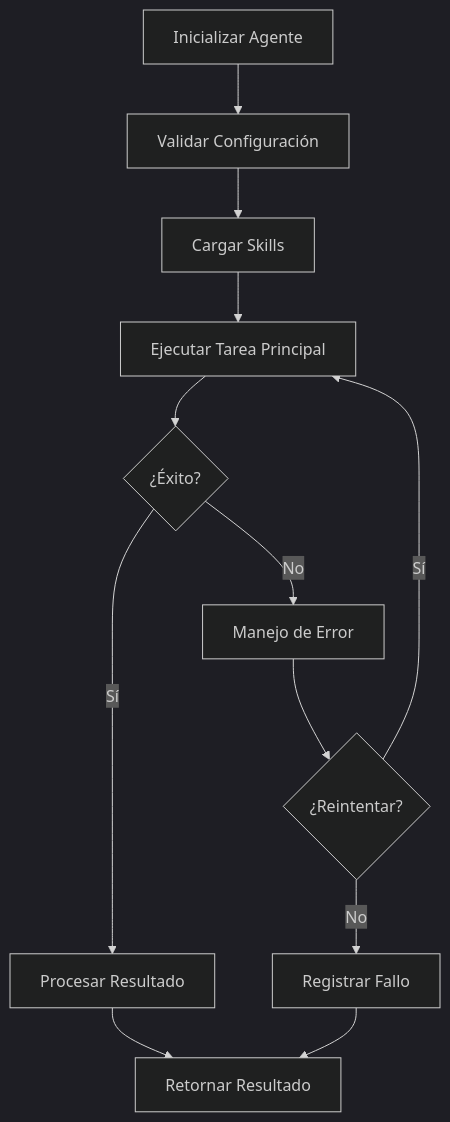
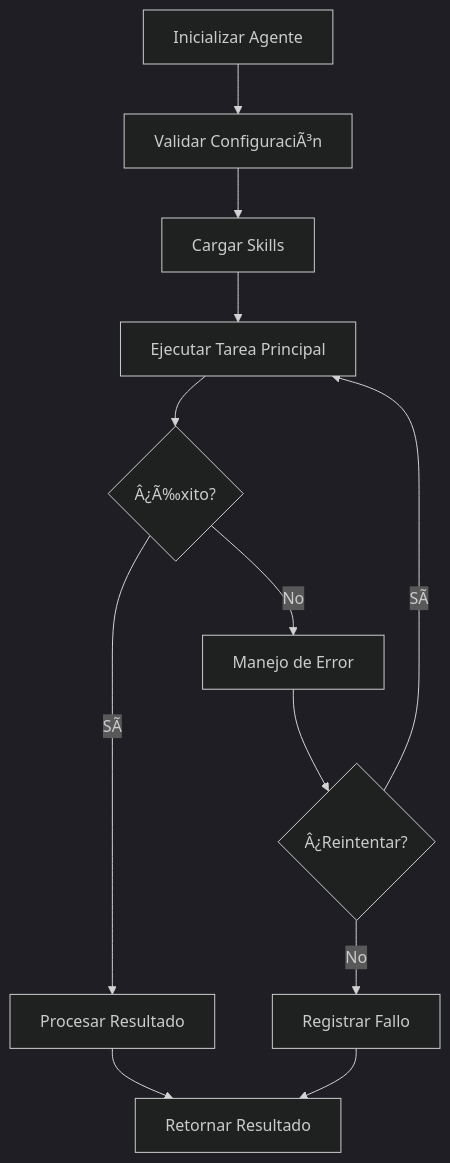
Before and after one commit to IscTepas/pwa_inversions_vsc: the diagram in archivos actuales/templates/AGENT_TEMPLATE.md, drawn with Mermaid (dark theme). The commit also changed other lines of this file and 114 other files, not shown here.

````diff
--- a/archivos actuales/templates/AGENT_TEMPLATE.md
+++ b/archivos actuales/templates/AGENT_TEMPLATE.md
@@ -154,14 +154,14 @@
 ```mermaid
 graph TD
-    A[Inicializar Agente] --> B[Validar Configuración]
+    A[Inicializar Agente] --> B[Validar ConfiguraciÃ³n]
     B --> C[Cargar Skills]
     C --> D[Ejecutar Tarea Principal]
-    D --> E{¿Éxito?}
-    E -->|Sí| F[Procesar Resultado]
+    D --> E{Â¿Ã‰xito?}
+    E -->|SÃ­| F[Procesar Resultado]
     E -->|No| G[Manejo de Error]
-    G --> H{¿Reintentar?}
-    H -->|Sí| D
+    G --> H{Â¿Reintentar?}
+    H -->|SÃ­| D
     H -->|No| I[Registrar Fallo]
     F --> J[Retornar Resultado]
     I --> J
 ```
````
